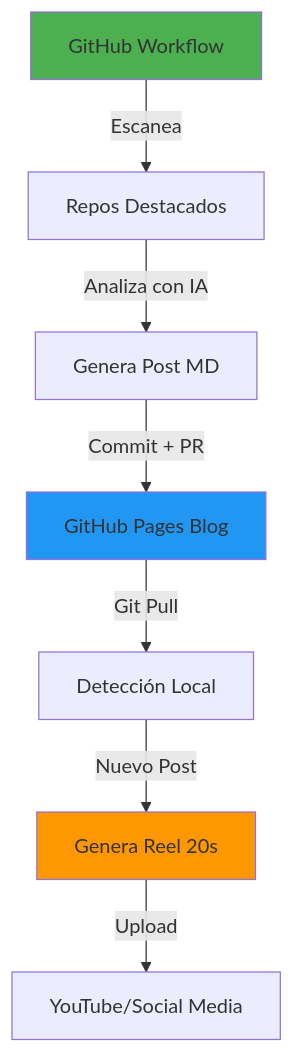
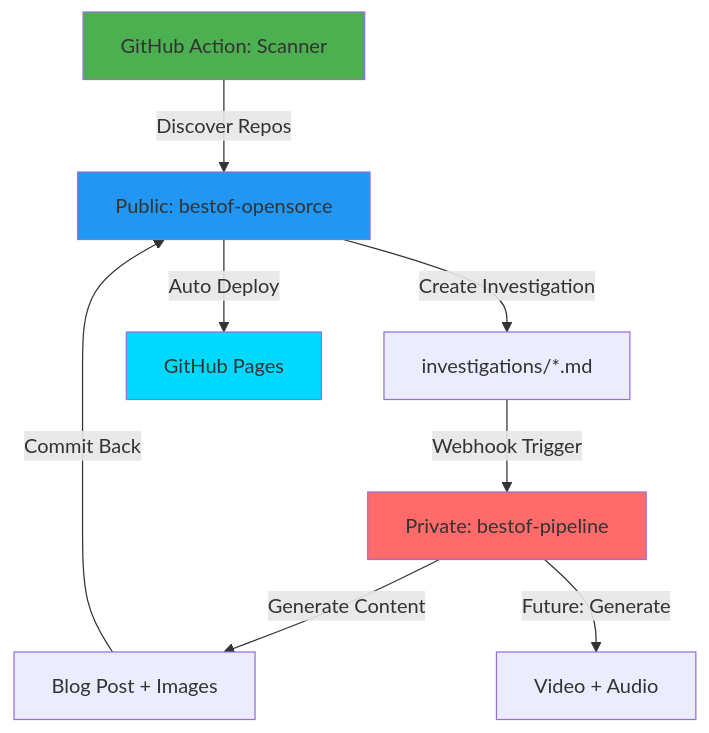
One commit to iberi22/bestof-opensorce changed the diagram in PLANNING.md. Above: the diagram before and after it, drawn with Mermaid. The commit also changed other lines of this file and 58 other files, not shown here.

````diff
--- a/PLANNING.md
+++ b/PLANNING.md
@@ -27,13 +28,15 @@
 ```mermaid
 graph TB
-    A[GitHub Workflow] -->|Escanea| B[Repos Destacados]
-    B -->|Analiza con IA| C[Genera Post MD]
-    C -->|Commit + PR| D[GitHub Pages Blog]
-    D -->|Git Pull| E[Detección Local]
-    E -->|Nuevo Post| F[Genera Reel 20s]
-    F -->|Upload| G[YouTube/Social Media]
+    A[GitHub Action: Scanner] -->|Discover Repos| B[Public: bestof-opensorce]
+    B -->|Create Investigation| C[investigations/*.md]
+    C -->|Webhook Trigger| D[Private: bestof-pipeline]
+    D -->|Generate Content| E[Blog Post + Images]
+    D -->|Future: Generate| F[Video + Audio]
+    E -->|Commit Back| B
+    B -->|Auto Deploy| G[GitHub Pages]
 
     style A fill:#4CAF50
-    style D fill:#2196F3
-    style F fill:#FF9800
+    style B fill:#2196F3
+    style D fill:#FF6B6B
+    style G fill:#00D9FF
 ```
````
